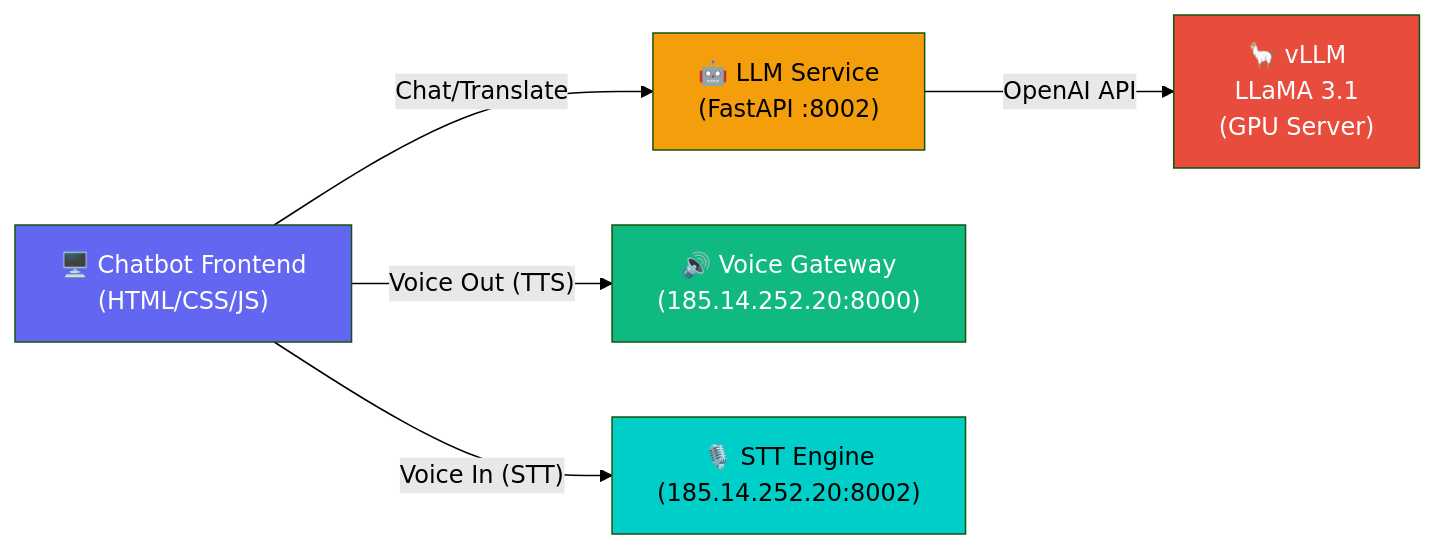
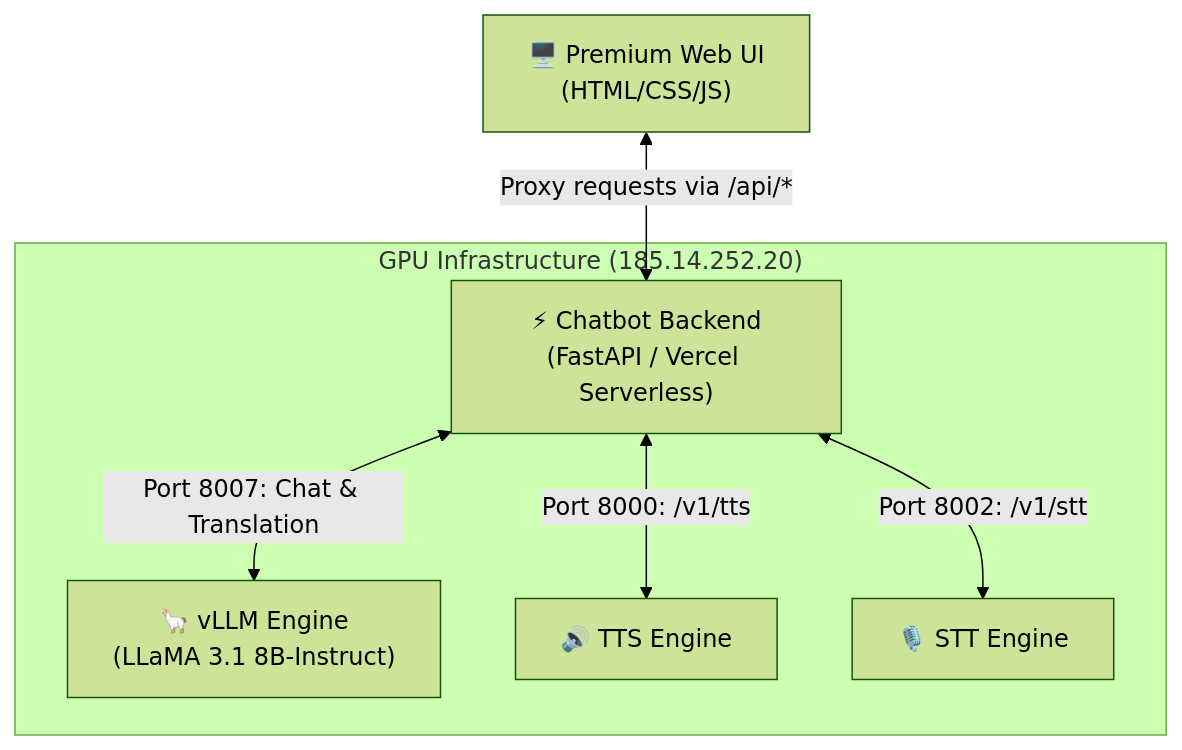
One commit to Taqaddusshafi/chatbot changed the diagram in readme.md. Above: the diagram before and after it, drawn with Mermaid (forest theme). The commit also changed other lines of this file, not shown here.

Commit message:
docs: update architecture documentation and port configurations for ConversaAI integration

````diff
--- a/readme.md
+++ b/readme.md
@@ -7,13 +9,10 @@
 ```mermaid
-flowchart LR
-    UI["🖥️ Chatbot Frontend\n(HTML/CSS/JS)"] -->|"Chat/Translate"| LLM["🤖 LLM Service\n(FastAPI :8002)"]
-    UI -->|"Voice Out (TTS)"| VGW["🔊 Voice Gateway\n(185.14.252.20:8000)"]
-    UI -->|"Voice In (STT)"| STT["🎙️ STT Engine\n(185.14.252.20:8002)"]
-    LLM -->|"OpenAI API"| VLLM["🦙 vLLM\nLLaMA 3.1\n(GPU Server)"]
-
-    style UI fill:#6366f1,color:#fff
-    style LLM fill:#f59e0b,color:#000
-    style VGW fill:#10b981,color:#fff
-    style STT fill:#00cec9,color:#000
-    style VLLM fill:#e74c3c,color:#fff
+flowchart TD
+    UI["🖥️ Premium Web UI\n(HTML/CSS/JS)"] <-->|"Proxy requests via /api/*"| BE["⚡ Chatbot Backend\n(FastAPI / Vercel Serverless)"]
+    
+    subgraph "GPU Infrastructure (185.14.252.20)"
+        BE <-->|"Port 8007: Chat & Translation"| VLLM["🦙 vLLM Engine\n(LLaMA 3.1 8B-Instruct)"]
+        BE <-->|"Port 8000: /v1/tts"| TTS["🔊 TTS Engine"]
+        BE <-->|"Port 8002: /v1/stt"| STT["🎙️ STT Engine"]
+    end
 ```
````
